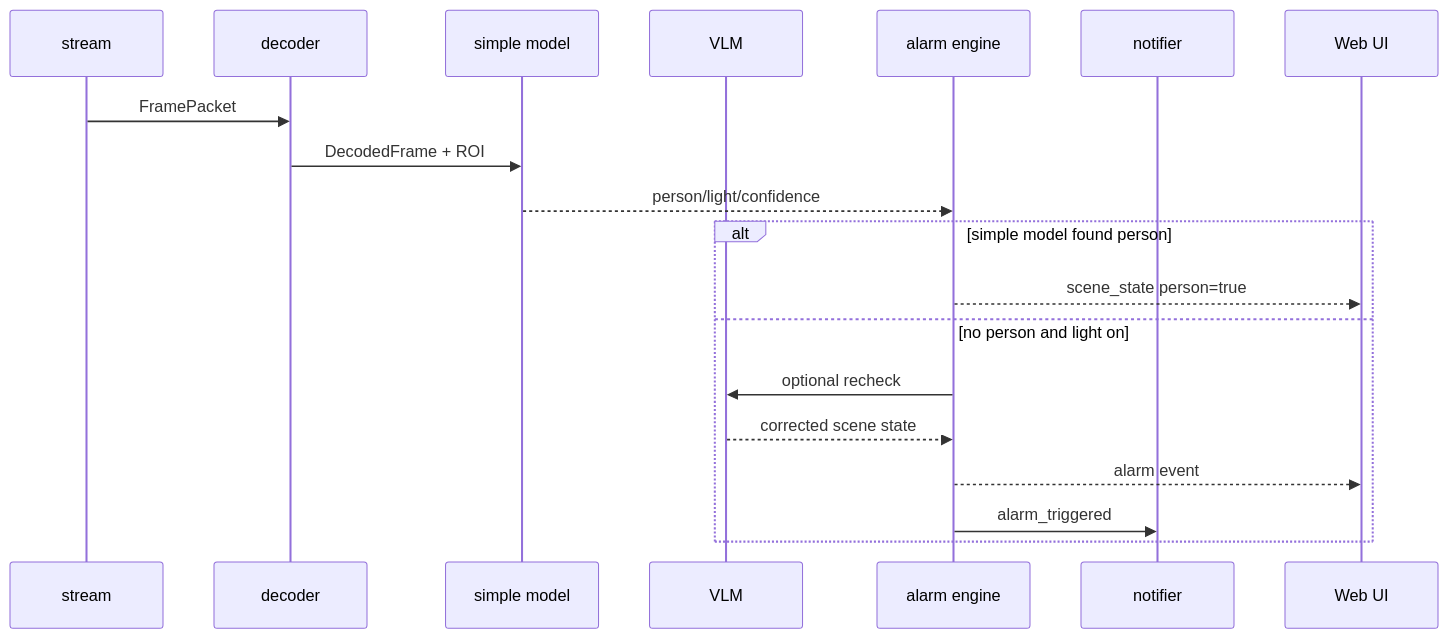
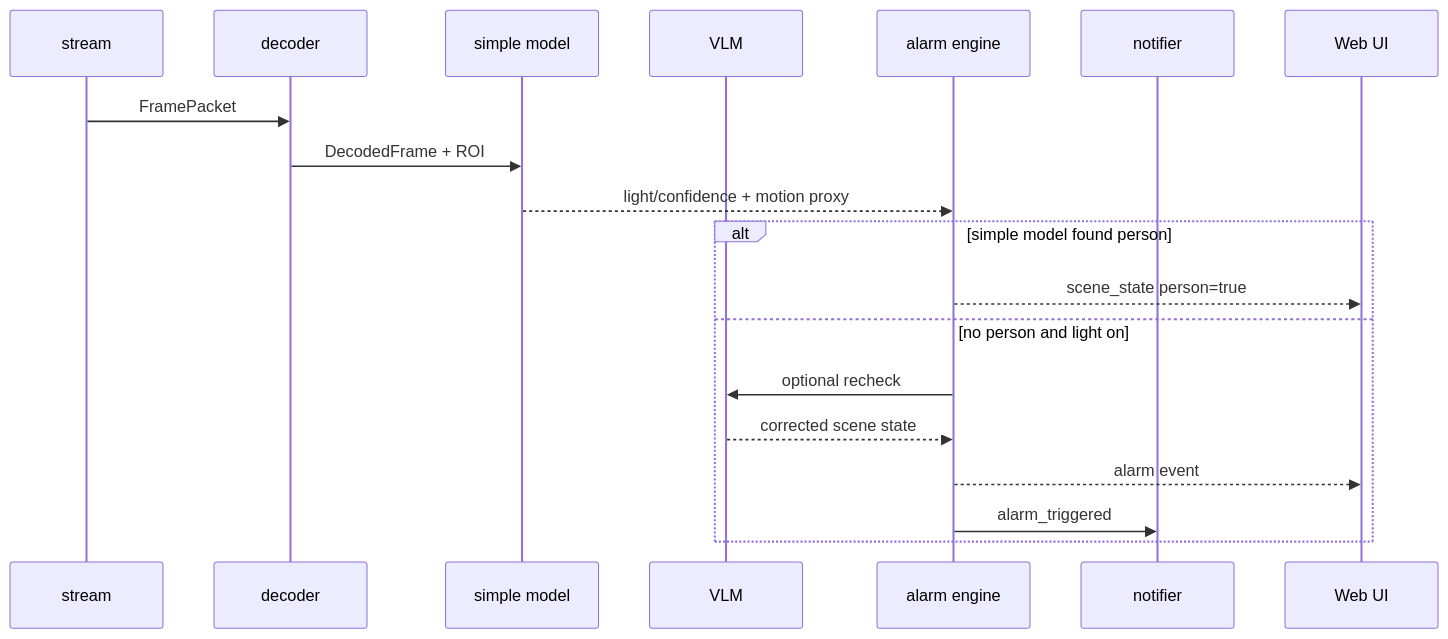
Before and after one commit to liuss66/EcoAlert: the third of 4 diagrams in Document/architecture.md, drawn with Mermaid. The commit also changed other lines of this file and 28 other files, not shown here.

````diff
--- a/Document/architecture.md
+++ b/Document/architecture.md
@@ -105,22 +107,22 @@
 ```mermaid
 sequenceDiagram
     participant Stream as stream
     participant Decoder as decoder
     participant Simple as simple model
     participant VLM as VLM
     participant Alarm as alarm engine
     participant Notify as notifier
     participant UI as Web UI
 
     Stream->>Decoder: FramePacket
     Decoder->>Simple: DecodedFrame + ROI
-    Simple-->>Alarm: person/light/confidence
+    Simple-->>Alarm: light/confidence + motion proxy
     alt simple model found person
         Alarm-->>UI: scene_state person=true
     else no person and light on
         Alarm->>VLM: optional recheck
         VLM-->>Alarm: corrected scene state
         Alarm-->>UI: alarm event
         Alarm->>Notify: alarm_triggered
     end
 ```
````
